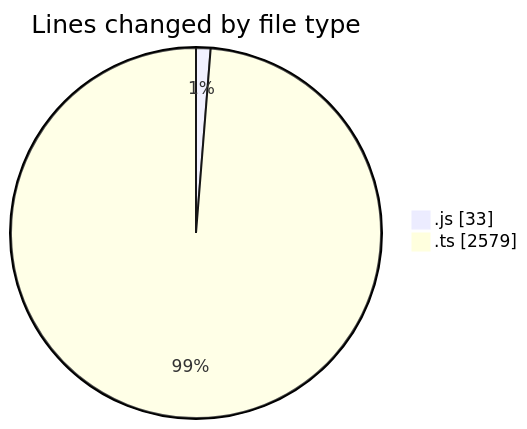
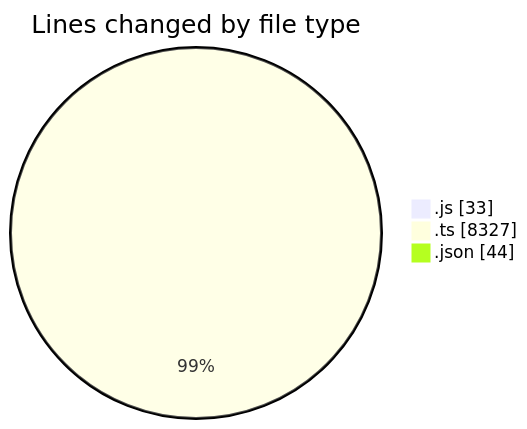
One commit to momahboobian/code-tracking changed the first of 2 diagrams in 2025-09-08/cda/README.md. Above: the diagram before and after it, drawn with Mermaid. The commit also changed other lines of this file and 1 other file, not shown here.

````diff
--- a/2025-09-08/cda/README.md
+++ b/2025-09-08/cda/README.md
@@ -23,6 +25,7 @@
 ```mermaid
 pie showData
 title Lines changed by file type
 ".js" : 33
-".ts" : 2579
+".ts" : 8327
+".json" : 44
 ```
````
